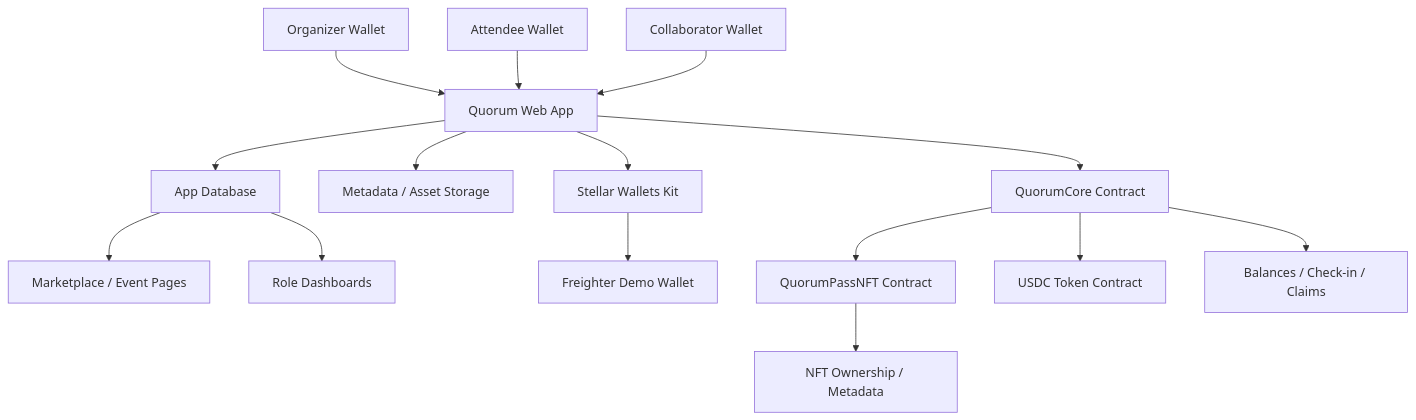
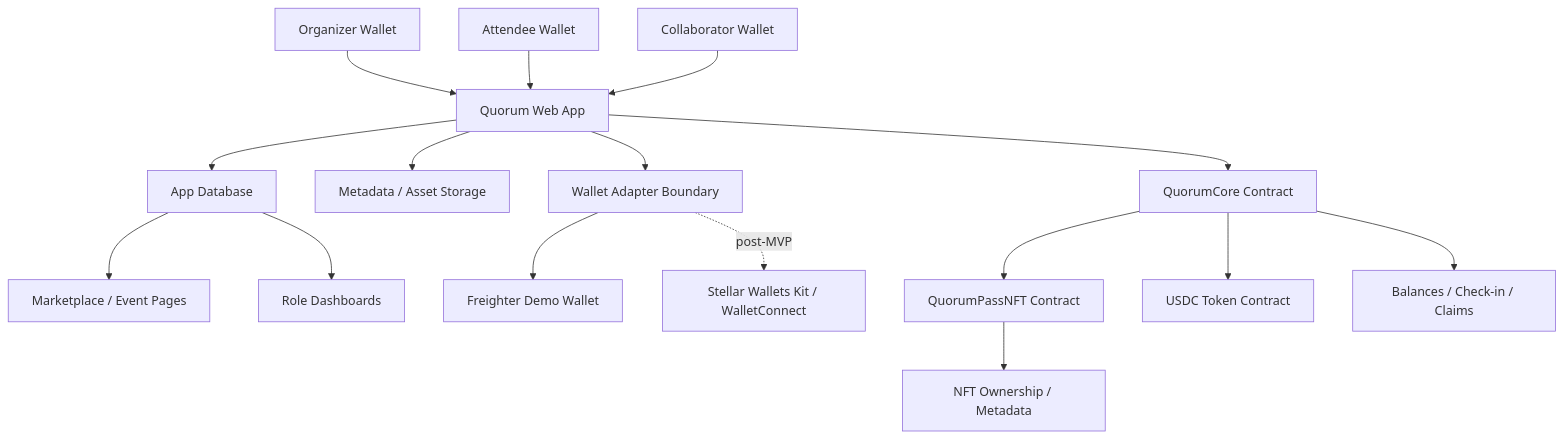
Before and after one commit to wildanniam/Quorum: the first of 2 diagrams in TECHNICAL_SPEC.md, drawn with Mermaid. The commit also changed other lines of this file and 15 other files, not shown here.

Commit message:
feat: add Freighter wallet auth foundation

````diff
--- a/TECHNICAL_SPEC.md
+++ b/TECHNICAL_SPEC.md
@@ -222,20 +222,21 @@
 ```mermaid
 flowchart TD
     Organizer["Organizer Wallet"] --> WebApp["Quorum Web App"]
     Attendee["Attendee Wallet"] --> WebApp
     Collaborator["Collaborator Wallet"] --> WebApp
 
     WebApp --> DB["App Database"]
     WebApp --> Storage["Metadata / Asset Storage"]
-    WebApp --> WalletKit["Stellar Wallets Kit"]
-    WalletKit --> Freighter["Freighter Demo Wallet"]
+    WebApp --> WalletAdapter["Wallet Adapter Boundary"]
+    WalletAdapter --> Freighter["Freighter Demo Wallet"]
+    WalletAdapter -. "post-MVP" .-> WalletKit["Stellar Wallets Kit / WalletConnect"]
 
     WebApp --> Core["QuorumCore Contract"]
     Core --> PassNFT["QuorumPassNFT Contract"]
     Core --> USDC["USDC Token Contract"]
 
     DB --> Marketplace["Marketplace / Event Pages"]
     DB --> Dashboards["Role Dashboards"]
     Core --> Proofs["Balances / Check-in / Claims"]
     PassNFT --> Access["NFT Ownership / Metadata"]
 ```
````
